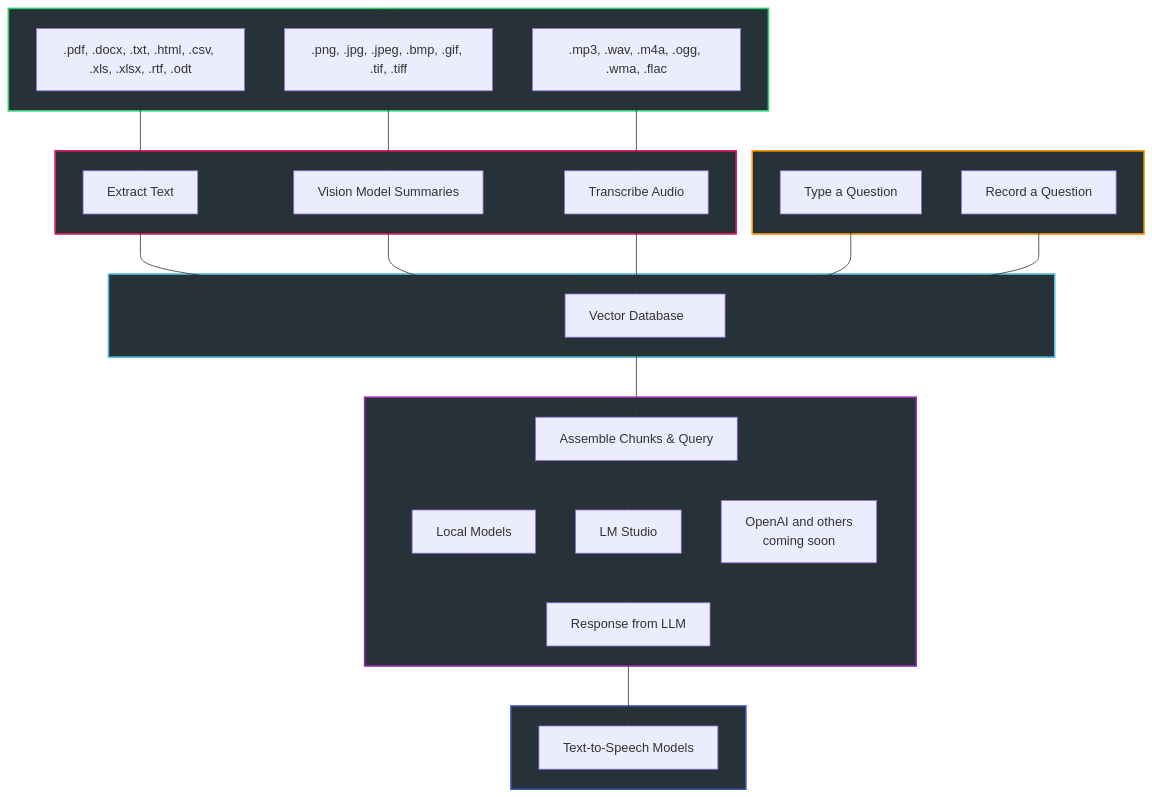
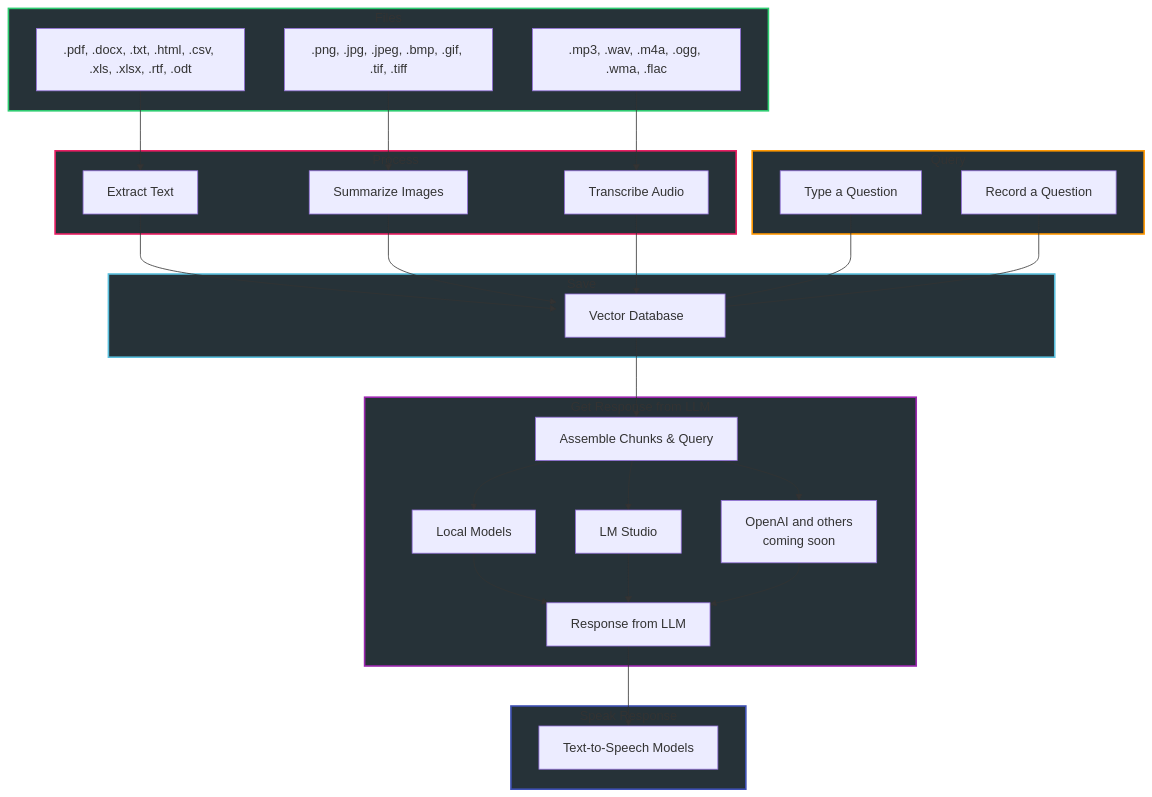
Before and after one commit to BBC-Esq/VectorDB-Plugin-for-LM-Studio: the diagram in README.md, drawn with Mermaid.

````diff
--- a/README.md
+++ b/README.md
@@ -18,78 +18,78 @@
 ```mermaid
 graph TD
     %% Define Classes
     classDef inputStyle fill:#263238,stroke:#2ecc71,stroke-width:2px;
     classDef processStyle fill:#263238,stroke:#e91e63,stroke-width:2px;
     classDef outputStyle fill:#263238,stroke:#5bc0de,stroke-width:2px;
     classDef searchStyle fill:#263238,stroke:#ff9800,stroke-width:2px;
     classDef llmStyle fill:#263238,stroke:#9c27b0,stroke-width:2px;
     classDef ttsStyle fill:#263238,stroke:#3f51b5,stroke-width:2px;
     classDef minWidth width:200px;
 
     %% Input Files
     subgraph InputFiles [Files]
         A[.pdf, .docx, .txt, .html, .csv, .xls, .xlsx, .rtf, .odt]
         B[.png, .jpg, .jpeg, .bmp, .gif, .tif, .tiff]
         C[.mp3, .wav, .m4a, .ogg, .wma, .flac]
     end
     class InputFiles inputStyle;
 
     %% Processing
     subgraph Processing [Process]
         D[Extract Text]
-        E[Vision Model Summaries]
+        E[Summarize Images]
         F[Transcribe Audio]
     end
     class Processing processStyle;
 
     %% Output
     subgraph Output [Save]
         G[Vector Database]:::minWidth
     end
     class Output outputStyle;
 
     %% Search
     subgraph Search [Query]
         H[Type a Question]
         I[Record a Question]
     end
     class Search searchStyle;
 
     %% LLM
     subgraph LLM [Get Response from LLM]
         J[Assemble Chunks & Query]
         K1[Local Models]
         K2[LM Studio]
         K3[OpenAI and others<br/>coming soon]
         K[Response from LLM]
         K1 --> K
         K2 --> K
         K3 --> K
     end
     class LLM llmStyle;
 
     %% TTS
     subgraph TTS [Speak Response]
         L[Text-to-Speech Models]
     end
     class TTS ttsStyle;
 
     %% Connections
     A --> D
     B --> E
     C --> F
 
     D --> G
     E --> G
     F --> G
 
     H --> G
     I --> G
 
     G --> J
     J --> K1
     J --> K2
     J --> K3
     K --> L
 
 ```
````
